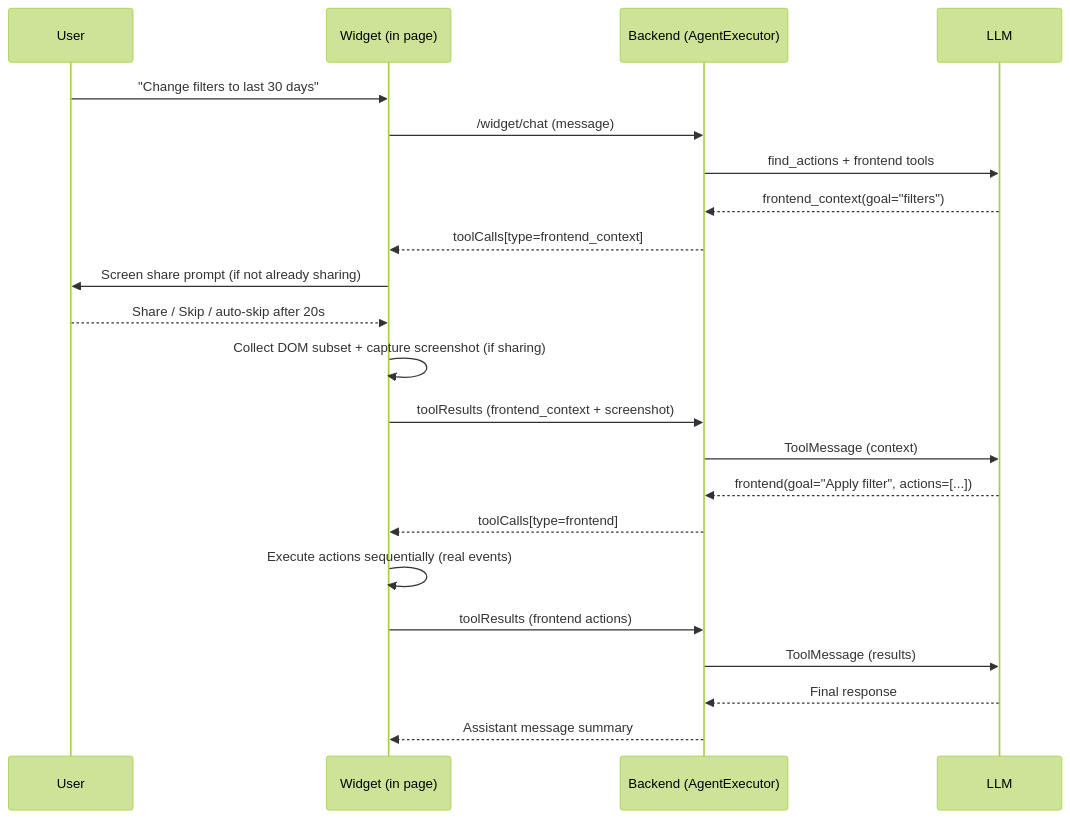
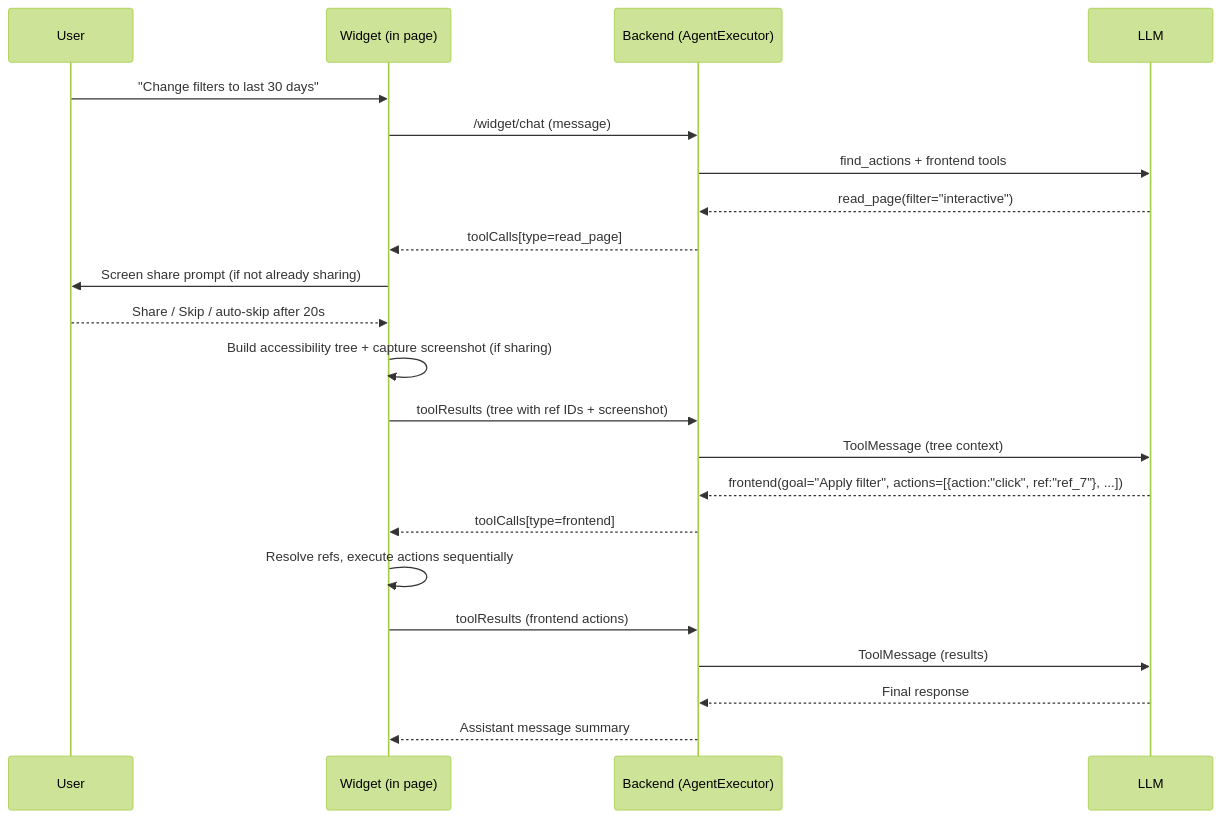
Before and after one commit to mostafasudo/warpy: the first of 2 diagrams in docs/frontend-agent.md, drawn with Mermaid (forest theme). The commit also changed other lines of this file and 13 other files, not shown here.

Commit message:
feat: Introduce JavaScript execution tool and enhance widget interactions with billing action consumption, improving frontend capabilities and user experience

````diff
--- a/docs/frontend-agent.md
+++ b/docs/frontend-agent.md
@@ -23,25 +27,25 @@
 ```mermaid
 sequenceDiagram
   participant U as User
   participant W as Widget (in page)
   participant B as Backend (AgentExecutor)
   participant L as LLM
 
   U->>W: "Change filters to last 30 days"
   W->>B: /widget/chat (message)
   B->>L: find_actions + frontend tools
-  L-->>B: frontend_context(goal="filters")
-  B-->>W: toolCalls[type=frontend_context]
+  L-->>B: read_page(filter="interactive")
+  B-->>W: toolCalls[type=read_page]
   W->>U: Screen share prompt (if not already sharing)
   U-->>W: Share / Skip / auto-skip after 20s
-  W->>W: Collect DOM subset + capture screenshot (if sharing)
-  W->>B: toolResults (frontend_context + screenshot)
-  B->>L: ToolMessage (context)
-  L-->>B: frontend(goal="Apply filter", actions=[...])
+  W->>W: Build accessibility tree + capture screenshot (if sharing)
+  W->>B: toolResults (tree with ref IDs + screenshot)
+  B->>L: ToolMessage (tree context)
+  L-->>B: frontend(goal="Apply filter", actions=[{action:"click", ref:"ref_7"}, ...])
   B-->>W: toolCalls[type=frontend]
-  W->>W: Execute actions sequentially (real events)
+  W->>W: Resolve refs, execute actions sequentially
   W->>B: toolResults (frontend actions)
   B->>L: ToolMessage (results)
   L-->>B: Final response
   B-->>W: Assistant message summary
 ```
````
